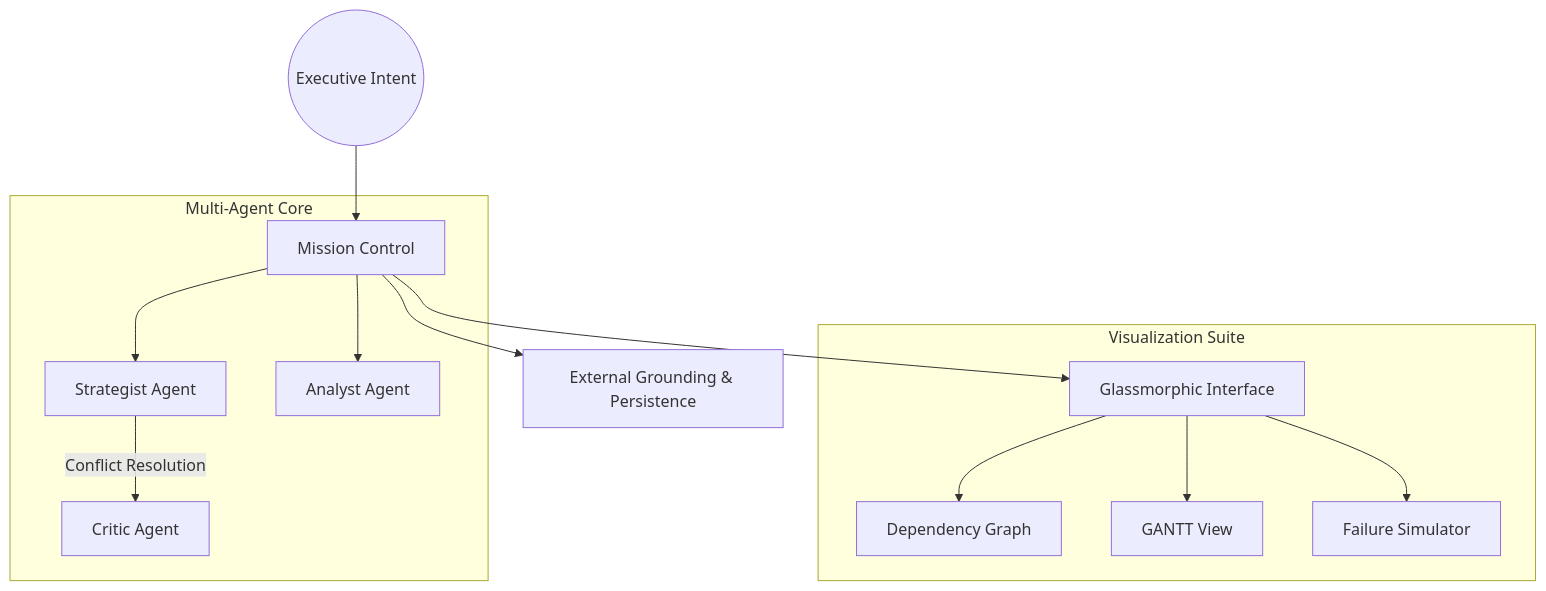
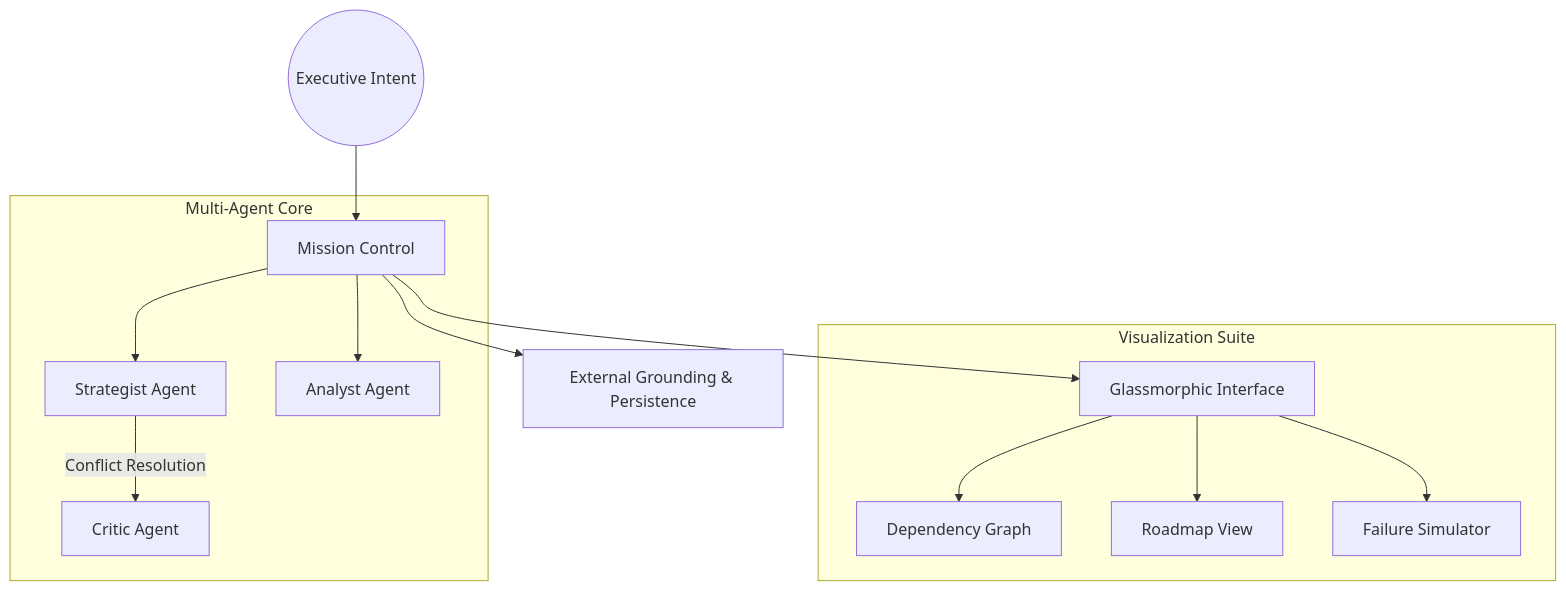
The diagram in README.md (darshil0/atlas-strategic-agent), drawn with Mermaid before and after one commit. The commit also changed other lines of this file and 1 other file, not shown here.

````diff
--- a/README.md
+++ b/README.md
@@ -33,16 +33,16 @@
 ```mermaid
 graph TD
     User((Executive Intent)) --> Orchestrator[Mission Control]
     subgraph Multi-Agent Core
         Orchestrator --> Strategist[Strategist Agent]
         Orchestrator --> Analyst[Analyst Agent]
         Strategist -- Conflict Resolution --> Critic[Critic Agent]
     end
     Orchestrator --> UI[Glassmorphic Interface]
     subgraph Visualization Suite
         UI --> Graph[Dependency Graph]
-        UI --> Timeline[GANTT View]
+        UI --> Timeline[Roadmap View]
         UI --> Sim[Failure Simulator]
     end
     Orchestrator --> Services[External Grounding & Persistence]
 ```
````
